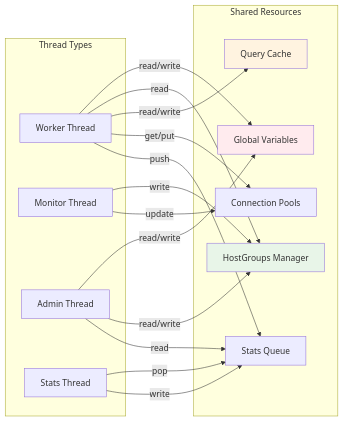
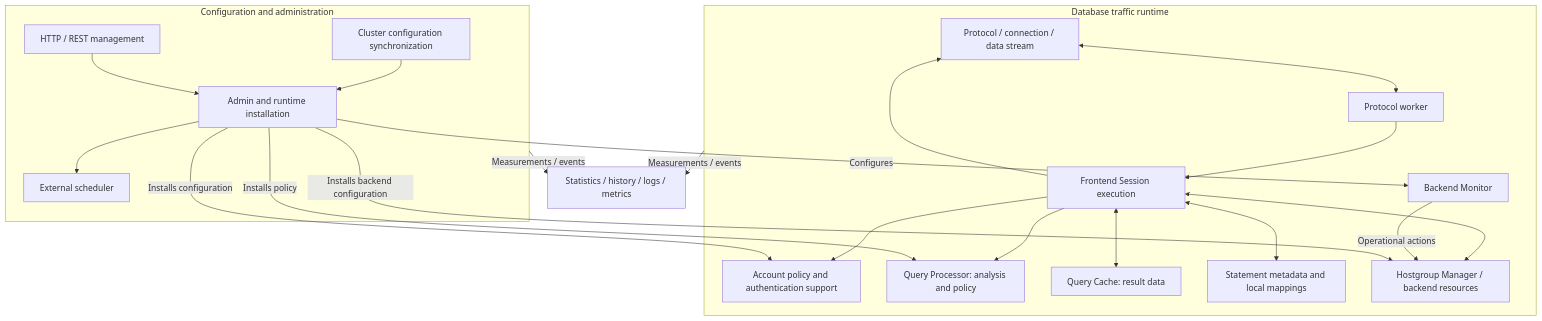
One commit to sysown/proxysql changed the second of 18 diagrams in doc/ai-generated/architecture/VISUAL-GUIDE.md. Above: the diagram before and after it, drawn with Mermaid. The commit also changed other lines of this file and 26 other files, not shown here.

Commit message:
docs: refresh architecture and invariants [skip-ci] [skip ci]

````diff
--- a/doc/ai-generated/architecture/VISUAL-GUIDE.md
+++ b/doc/ai-generated/architecture/VISUAL-GUIDE.md
@@ -836,37 +37,38 @@
 ```mermaid
-graph LR
-    subgraph "Shared Resources"
-        GV[Global Variables]
-        HGM[HostGroups Manager]
-        QC[Query Cache]
-        CP[Connection Pools]
-        STATS_Q[Stats Queue]
+flowchart TB
+    subgraph Traffic[Database traffic runtime]
+        Wire[Protocol / connection / data stream]
+        Worker[Protocol worker]
+        Session[Frontend Session execution]
+        Auth[Account policy and authentication support]
+        QP[Query Processor: analysis and policy]
+        QC[Query Cache: result data]
+        Stmt[Statement metadata and local mappings]
+        HGM[Hostgroup Manager / backend resources]
+        Mon[Backend Monitor]
+        Wire <--> Worker
+        Worker --> Session
+        Session --> Wire
+        Session --> Auth
+        Session --> QP
+        Session <--> QC
+        Session <--> Stmt
+        Session <--> HGM
+        Mon -->|Operational actions| HGM
     end
-    
-    subgraph "Thread Types"
-        WT[Worker Thread]
-        MT[Monitor Thread]
-        AT[Admin Thread]
-        ST[Stats Thread]
+    subgraph Management[Configuration and administration]
+        Admin[Admin and runtime installation]
+        Cluster[Cluster configuration synchronization]
+        Scheduler[External scheduler]
+        HTTP[HTTP / REST management]
+        Cluster --> Admin
+        HTTP --> Admin
+        Admin --> Scheduler
     end
-    
-    WT -->|read/write| GV
-    WT -->|read| HGM
-    WT -->|read/write| QC
-    WT -->|get/put| CP
-    WT -->|push| STATS_Q
-    
-    MT -->|write| HGM
-    MT -->|update| CP
-    
-    AT -->|read/write| GV
-    AT -->|read/write| HGM
-    AT -->|read| STATS_Q
-    
-    ST -->|pop| STATS_Q
-    ST -->|write| STATS_Q
-    
-    style GV fill:#ffebee
-    style HGM fill:#e8f5e8
-    style QC fill:#fff3e0
+    Admin -->|Installs configuration| Auth
+    Admin -->|Installs policy| QP
+    Admin -->|Installs backend configuration| HGM
+    Admin -->|Configures| Mon
+    Traffic -->|Measurements / events| Stats[Statistics / history / logs / metrics]
+    Management -->|Measurements / events| Stats
 ```
````
